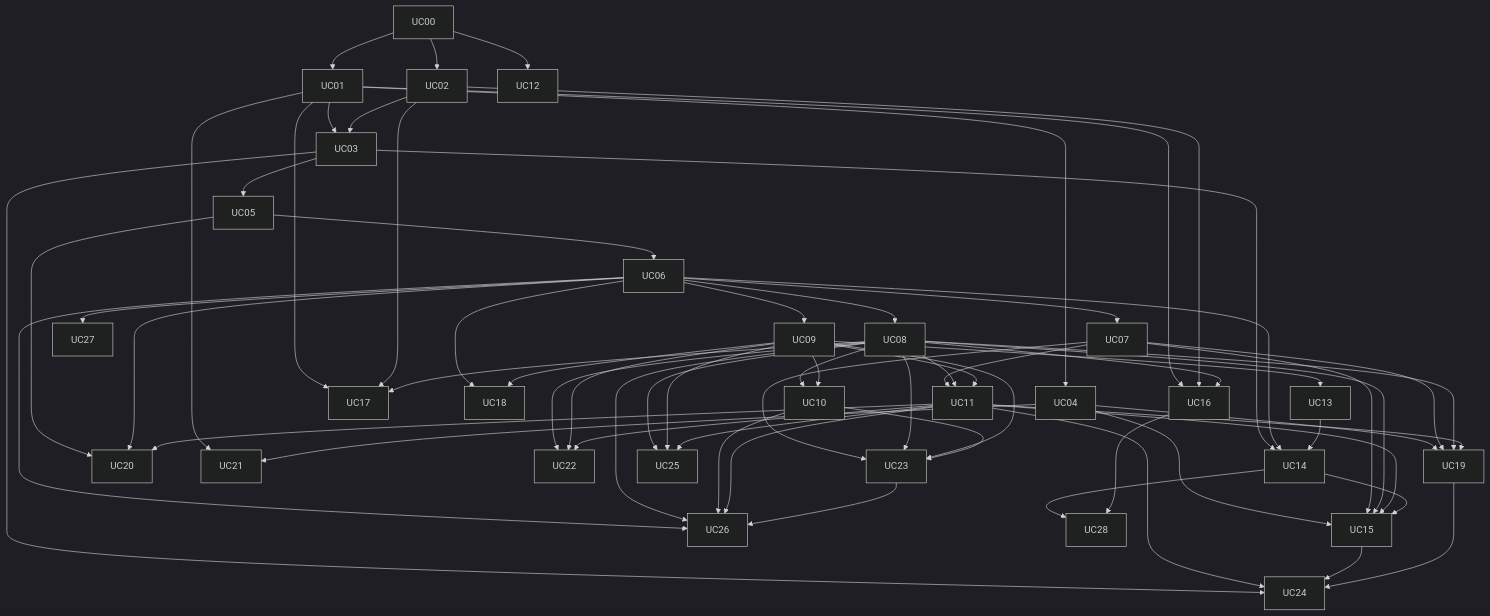
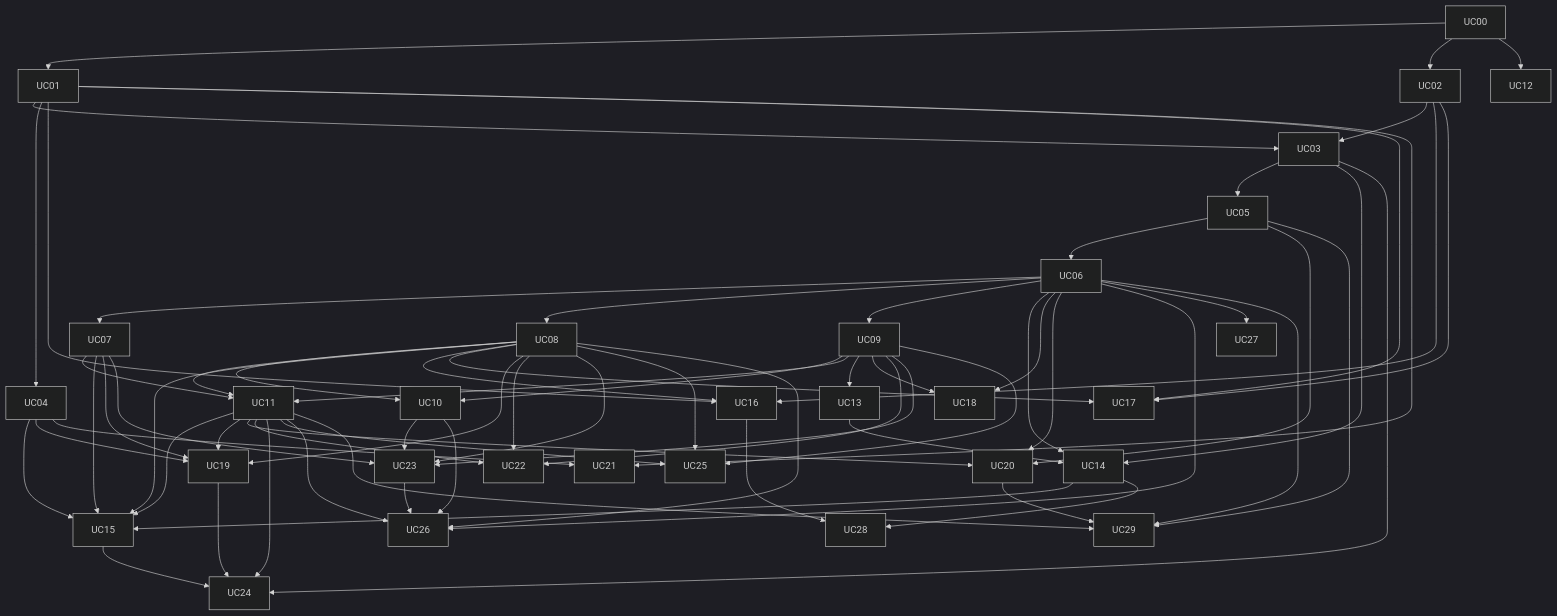
One commit to jsoladur/monthly-expenses changed the diagram in docs/usecases/UC-INDEX.md. Above: the diagram before and after it, drawn with Mermaid (dark theme). The commit also changed other lines of this file and 30 other files, not shown here.

````diff
--- a/docs/usecases/UC-INDEX.md
+++ b/docs/usecases/UC-INDEX.md
@@ -56,27 +57,28 @@
 ```mermaid
 flowchart TD
     UC00 --> UC01 --> UC03 --> UC05 --> UC06
     UC00 --> UC02 --> UC03
     UC01 --> UC04
     UC06 --> UC07 & UC08 & UC09
     UC08 & UC09 --> UC10
     UC07 & UC08 & UC09 --> UC11
     UC09 --> UC13
     UC03 & UC06 --> UC14
     UC13 --> UC14
     UC00 --> UC12
     UC04 & UC07 & UC08 & UC11 & UC14 --> UC15
     UC01 & UC02 & UC08 --> UC16
     UC01 & UC02 & UC08 --> UC17
     UC06 & UC09 --> UC18
     UC04 & UC07 & UC08 & UC11 --> UC19
     UC05 & UC06 & UC11 --> UC20
     UC01 & UC04 --> UC21
     UC08 & UC09 & UC11 --> UC22
     UC07 & UC08 & UC09 & UC10 --> UC23
     UC03 & UC11 & UC15 & UC19 --> UC24
     UC08 & UC09 & UC11 --> UC25
     UC06 & UC08 & UC10 & UC11 & UC23 --> UC26
     UC06 --> UC27
     UC14 & UC16 --> UC28
+    UC05 & UC06 & UC11 & UC20 --> UC29
 ```
````
